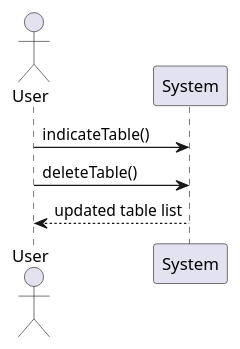
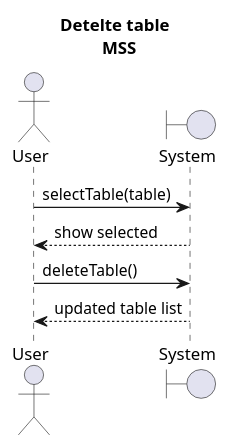
Before and after one commit to Bhamoss/softwareOntwerpProject: the diagram in diagrams/systemSequenceDiagram/deleteTable.puml, drawn with PlantUML. The commit also changed 12 other files, not shown here.

```diff
--- a/diagrams/systemSequenceDiagram/deleteTable.puml
+++ b/diagrams/systemSequenceDiagram/deleteTable.puml
@@ -1,9 +1,12 @@
 @startuml
+title Detelte table \n MSS
 Actor User
-User -> System: indicateTable()
+Boundary System
+User -> System: selectTable(table)
+System --> User: show selected
 User -> System: deleteTable()
 System --> User: updated table list
 
 
 
 @enduml
```
